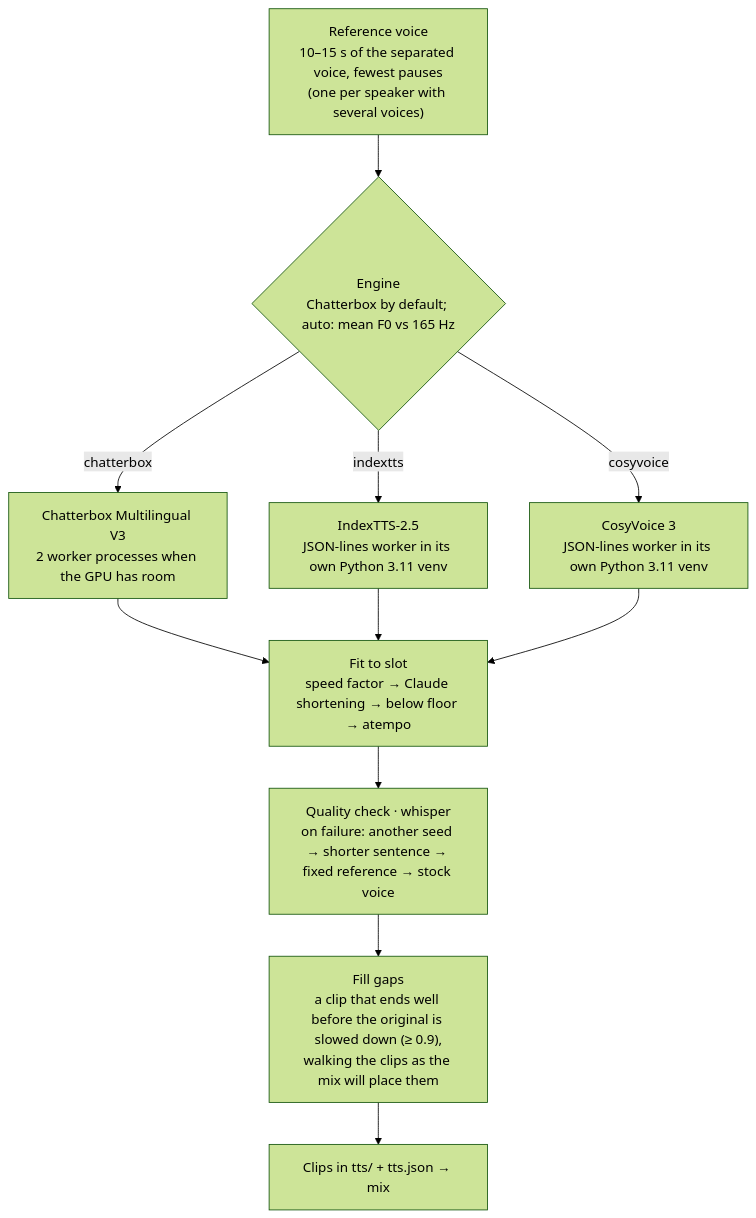
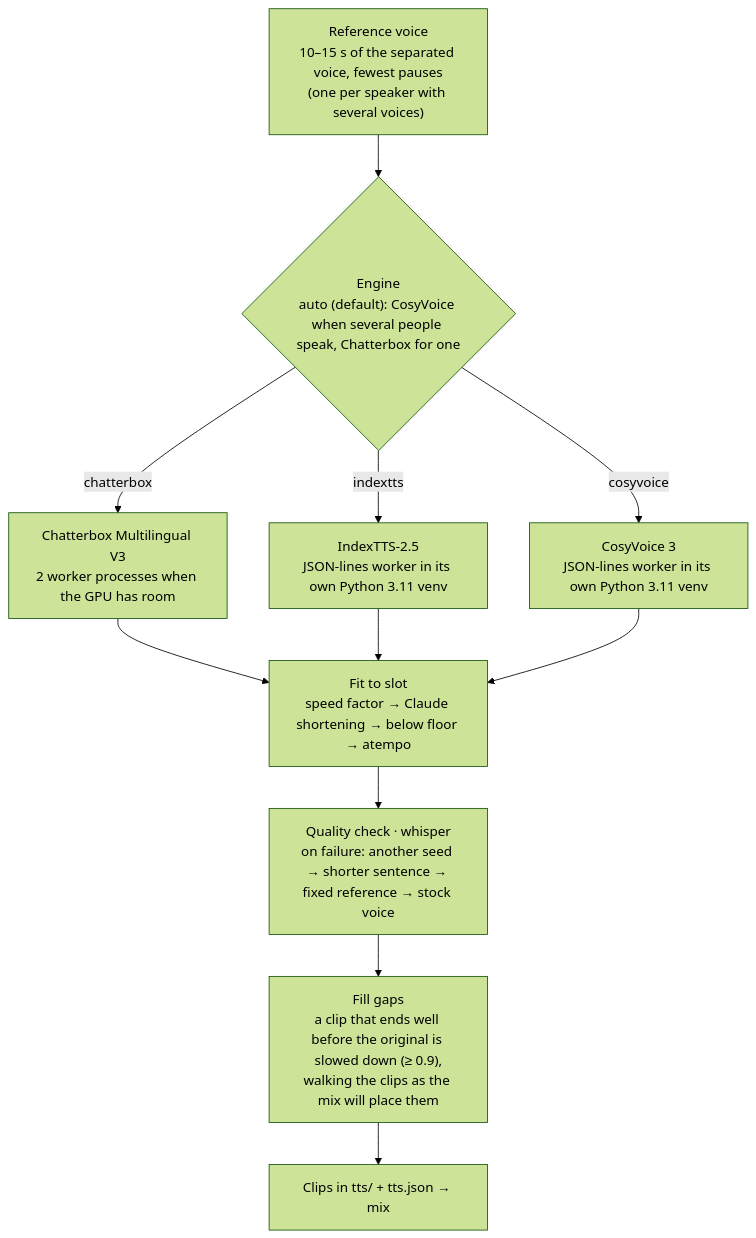
The second of 4 diagrams in docs/architecture.md (rldona/OpenDub), drawn with Mermaid (forest theme) before and after one commit. The commit also changed other lines of this file and 25 other files, not shown here.

First line of the commit message:
Pick CosyVoice when several people speak, Chatterbox for one voice

````diff
--- a/docs/architecture.md
+++ b/docs/architecture.md
@@ -67,15 +67,15 @@
 ```mermaid
 flowchart TD
     ref["Reference voice<br/>10–15 s of the separated voice, fewest pauses<br/>(one per speaker with several voices)"] --> auto
-    auto{"Engine<br/>Chatterbox by default; auto: mean F0 vs 165 Hz"}
+    auto{"Engine<br/>auto (default): CosyVoice when several people speak, Chatterbox for one"}
     auto -- "chatterbox" --> cb["Chatterbox Multilingual V3<br/>2 worker processes when the GPU has room"]
     auto -- "indextts" --> itts["IndexTTS-2.5<br/>JSON-lines worker in its own Python 3.11 venv"]
     auto -- "cosyvoice" --> cv["CosyVoice 3<br/>JSON-lines worker in its own Python 3.11 venv"]
     cb --> fit
     itts --> fit
     cv --> fit
     fit["Fit to slot<br/>speed factor → Claude shortening → below floor → atempo"] --> qc
     qc["Quality check · whisper<br/>on failure: another seed → shorter sentence → fixed reference → stock voice"] --> gaps
     gaps["Fill gaps<br/>a clip that ends well before the original is slowed down (≥ 0.9),<br/>walking the clips as the mix will place them"] --> clips
     clips["Clips in tts/ + tts.json → mix"]
 ```
````
